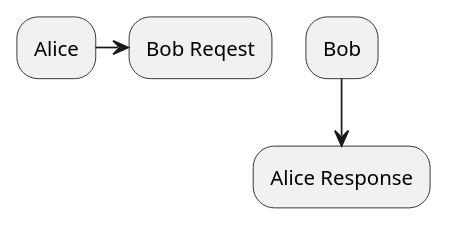
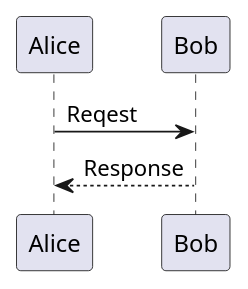
The diagram in test.md (Aso2001022/2021sys-design), drawn with PlantUML before and after one commit.

````diff
--- a/test.md
+++ b/test.md
@@ -1,6 +1,6 @@
 ```uml
 @startuml
-Alice -> Bob Reqest
-Bob --> Alice Response
+Alice -> Bob: Reqest
+Bob --> Alice: Response
 @enduml
 ```
````
